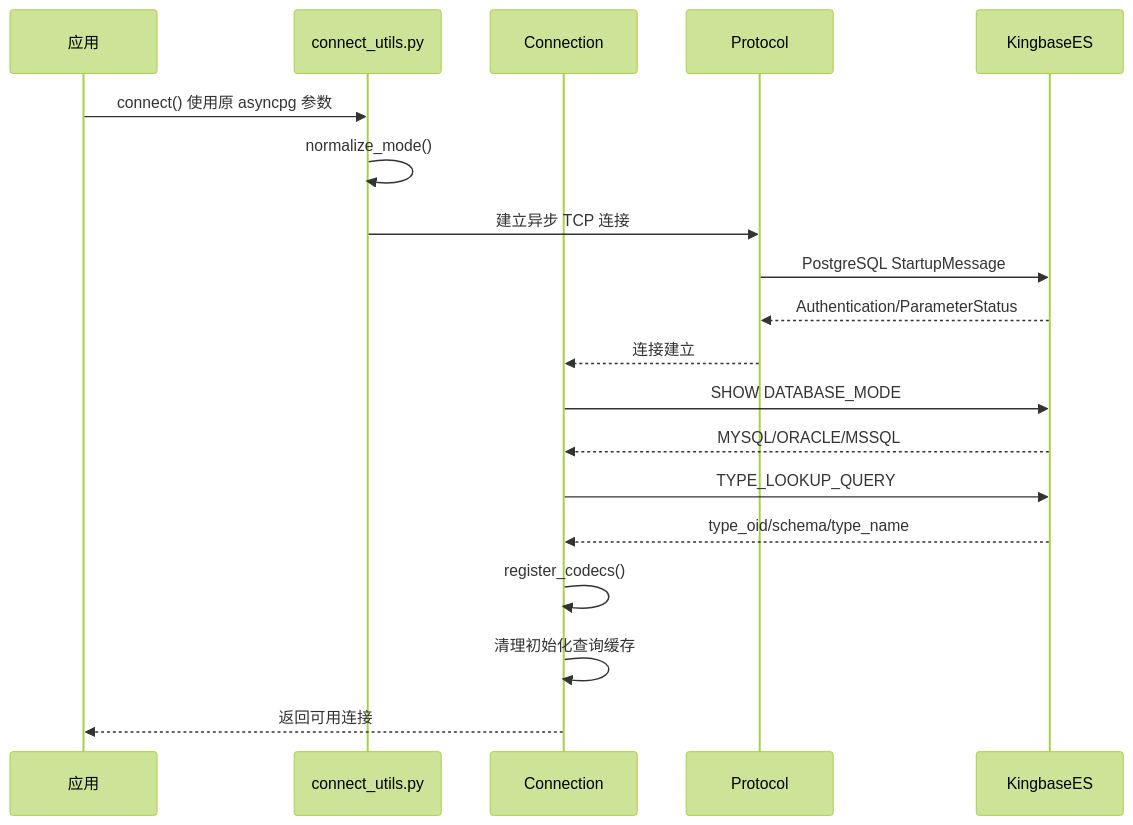
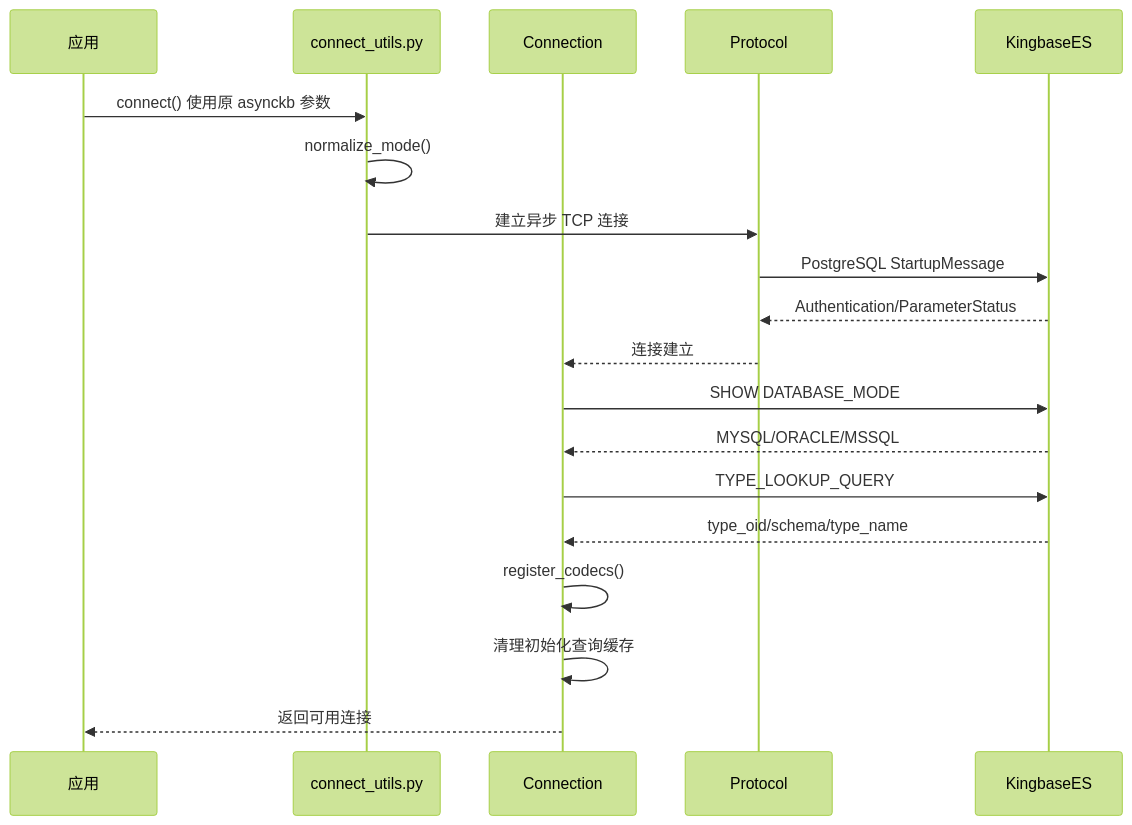
One commit to 198lma/asynckb changed the second of 5 diagrams in docs/asyncpg-KES三模式适配架构总结.md. Above: the diagram before and after it, drawn with Mermaid (forest theme). The commit also changed other lines of this file and 333 other files, not shown here.

````diff
--- a/docs/asyncpg-KES三模式适配架构总结.md
+++ b/docs/asyncpg-KES三模式适配架构总结.md
@@ -121,22 +121,22 @@
 ```mermaid
 sequenceDiagram
     participant App as 应用
     participant Utils as connect_utils.py
     participant Conn as Connection
     participant Proto as Protocol
     participant KES as KingbaseES
 
-    App->>Utils: connect() 使用原 asyncpg 参数
+    App->>Utils: connect() 使用原 asynckb 参数
     Utils->>Utils: normalize_mode()
     Utils->>Proto: 建立异步 TCP 连接
     Proto->>KES: PostgreSQL StartupMessage
     KES-->>Proto: Authentication/ParameterStatus
     Proto-->>Conn: 连接建立
     Conn->>KES: SHOW DATABASE_MODE
     KES-->>Conn: MYSQL/ORACLE/MSSQL
     Conn->>KES: TYPE_LOOKUP_QUERY
     KES-->>Conn: type_oid/schema/type_name
     Conn->>Conn: register_codecs()
     Conn->>Conn: 清理初始化查询缓存
     Conn-->>App: 返回可用连接
 ```
````
